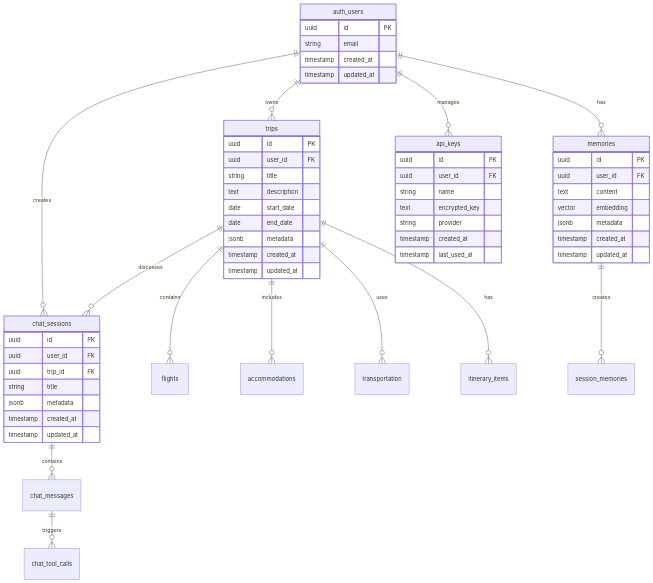
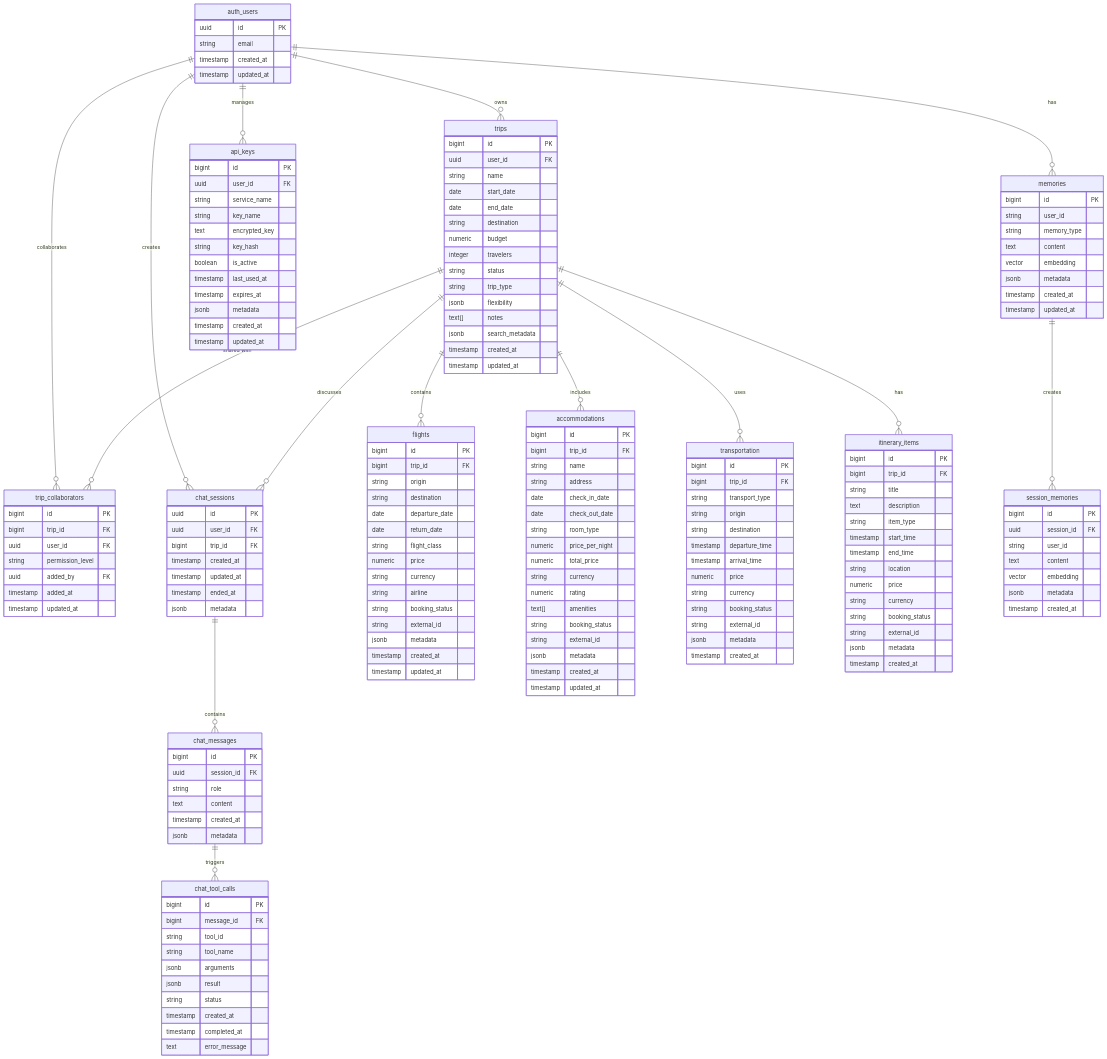
Before and after one commit to BjornMelin/tripsage-ai: the diagram in supabase/README.md, drawn with Mermaid. The commit also changed other lines of this file and 11 other files, not shown here.

````diff
--- a/supabase/README.md
+++ b/supabase/README.md
@@ -66,10 +118,12 @@
 ```mermaid
 erDiagram
     auth_users ||--o{ trips : owns
+    auth_users ||--o{ trip_collaborators : collaborates
     auth_users ||--o{ chat_sessions : creates
     auth_users ||--o{ memories : has
     auth_users ||--o{ api_keys : manages
     
+    trips ||--o{ trip_collaborators : "shared with"
     trips ||--o{ flights : contains
     trips ||--o{ accommodations : includes
     trips ||--o{ transportation : uses
@@ -89,30 +143,140 @@
     }
     
     trips {
-        uuid id PK
+        bigint id PK
         uuid user_id FK
-        string title
-        text description
+        string name
         date start_date
         date end_date
+        string destination
+        numeric budget
+        integer travelers
+        string status
+        string trip_type
+        jsonb flexibility
+        text[] notes
+        jsonb search_metadata
+        timestamp created_at
+        timestamp updated_at
+    }
+    
+    trip_collaborators {
+        bigint id PK
+        bigint trip_id FK
+        uuid user_id FK
+        string permission_level
+        uuid added_by FK
+        timestamp added_at
+        timestamp updated_at
+    }
+    
+    flights {
+        bigint id PK
+        bigint trip_id FK
+        string origin
+        string destination
+        date departure_date
+        date return_date
+        string flight_class
+        numeric price
+        string currency
+        string airline
+        string booking_status
+        string external_id
         jsonb metadata
         timestamp created_at
         timestamp updated_at
     }
     
-    chat_sessions {
-        uuid id PK
-        uuid user_id FK
-        uuid trip_id FK
-        string title
+    accommodations {
+        bigint id PK
+        bigint trip_id FK
+        string name
+        string address
+        date check_in_date
+        date check_out_date
+        string room_type
+        numeric price_per_night
+        numeric total_price
+        string currency
+        numeric rating
+        text[] amenities
+        string booking_status
+        string external_id
         jsonb metadata
         timestamp created_at
         timestamp updated_at
     }
     
-    memories {
+    transportation {
+        bigint id PK
+        bigint trip_id FK
+        string transport_type
+        string origin
+        string destination
+        timestamp departure_time
+        timestamp arrival_time
+        numeric price
+        string currency
+        string booking_status
+        string external_id
+        jsonb metadata
+        timestamp created_at
+    }
+    
+    itinerary_items {
+        bigint id PK
+        bigint trip_id FK
+        string title
+        text description
+        string item_type
+        timestamp start_time
+        timestamp end_time
+        string location
+        numeric price
+        string currency
+        string booking_status
+        string external_id
+        jsonb metadata
+        timestamp created_at
+    }
+    
+    chat_sessions {
         uuid id PK
         uuid user_id FK
+        bigint trip_id FK
+        timestamp created_at
+        timestamp updated_at
+        timestamp ended_at
+        jsonb metadata
+    }
+    
+    chat_messages {
+        bigint id PK
+        uuid session_id FK
+        string role
+        text content
+        timestamp created_at
+        jsonb metadata
+    }
+    
+    chat_tool_calls {
+        bigint id PK
+        bigint message_id FK
+        string tool_id
+        string tool_name
+        jsonb arguments
+        jsonb result
+        string status
+        timestamp created_at
+        timestamp completed_at
+        text error_message
+    }
+    
+    memories {
+        bigint id PK
+        string user_id
+        string memory_type
         text content
         vector embedding
         jsonb metadata
@@ -120,13 +284,28 @@
         timestamp updated_at
     }
     
+    session_memories {
+        bigint id PK
+        uuid session_id FK
+        string user_id
+        text content
+        vector embedding
+        jsonb metadata
+        timestamp created_at
+    }
+    
     api_keys {
-        uuid id PK
+        bigint id PK
         uuid user_id FK
-        string name
+        string service_name
+        string key_name
         text encrypted_key
-        string provider
+        string key_hash
+        boolean is_active
+        timestamp last_used_at
+        timestamp expires_at
+        jsonb metadata
         timestamp created_at
-        timestamp last_used_at
+        timestamp updated_at
     }
 ```
````
